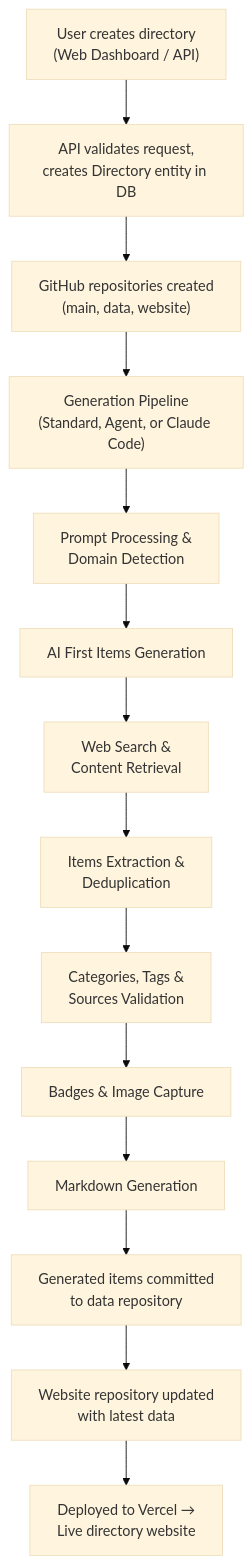
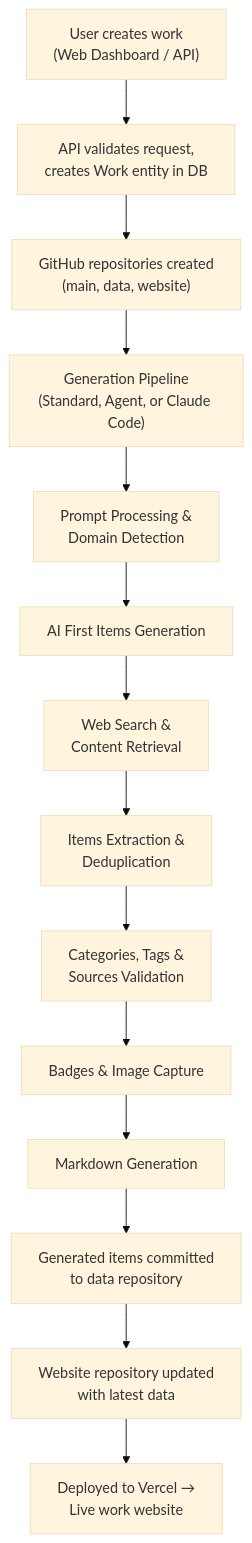
The diagram in docs/architecture.md (ever-works/ever-works), drawn with Mermaid (base theme) before and after one commit. The commit also changed other lines of this file and 395 other files, not shown here.

````diff
--- a/docs/architecture.md
+++ b/docs/architecture.md
@@ -94,16 +94,16 @@
 ```mermaid
 flowchart TD
-    A["User creates directory<br/>(Web Dashboard / API)"] --> B["API validates request,<br/>creates Directory entity in DB"]
+    A["User creates work<br/>(Web Dashboard / API)"] --> B["API validates request,<br/>creates Work entity in DB"]
     B --> C["GitHub repositories created<br/>(main, data, website)"]
     C --> D["Generation Pipeline<br/>(Standard, Agent, or Claude Code)"]
     D --> D1["Prompt Processing &<br/>Domain Detection"]
     D1 --> D2["AI First Items Generation"]
     D2 --> D3["Web Search &<br/>Content Retrieval"]
     D3 --> D4["Items Extraction &<br/>Deduplication"]
     D4 --> D5["Categories, Tags &<br/>Sources Validation"]
     D5 --> D6["Badges & Image Capture"]
     D6 --> D7["Markdown Generation"]
     D7 --> E["Generated items committed<br/>to data repository"]
     E --> F["Website repository updated<br/>with latest data"]
-    F --> G["Deployed to Vercel →<br/>Live directory website"]
+    F --> G["Deployed to Vercel →<br/>Live work website"]
 ```
````
